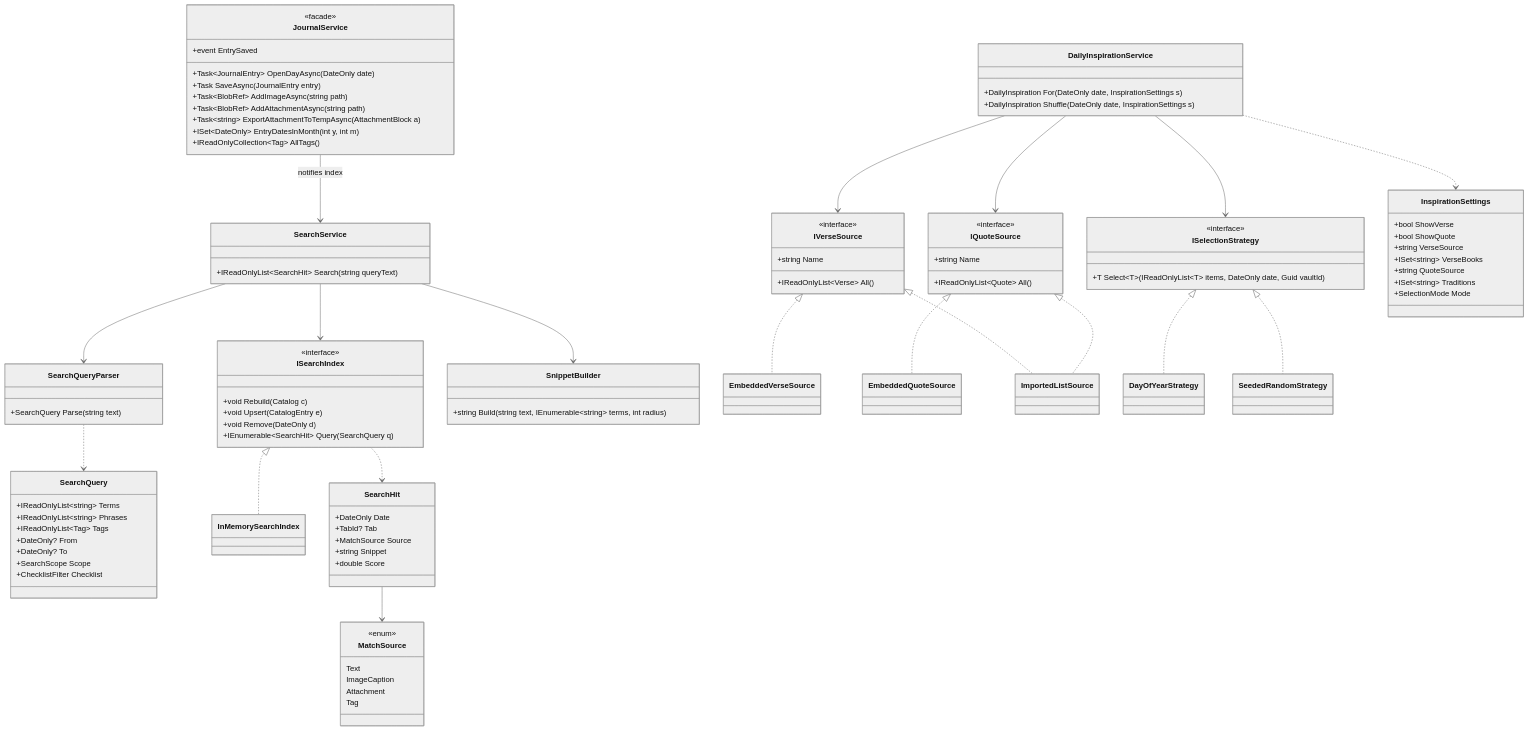
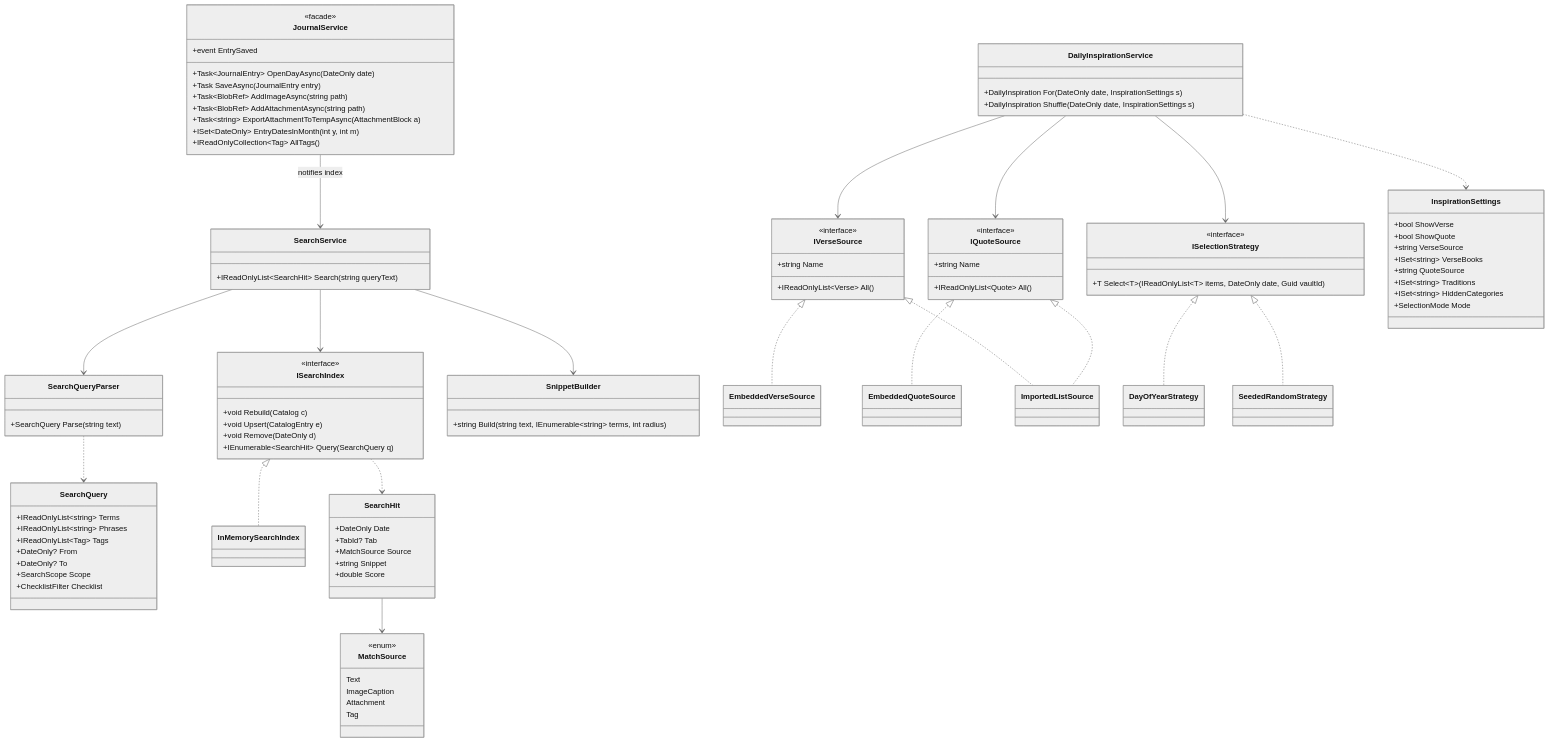
One commit to johnovanni/Journal changed the seventh of 8 diagrams in docs/Architecture.md. Above: the diagram before and after it, drawn with Mermaid (neutral theme). The commit also changed other lines of this file and 41 other files, not shown here.

```diff
--- a/docs/Architecture.md
+++ b/docs/Architecture.md
@@ -661,6 +663,7 @@
         +ISet~string~ VerseBooks
         +string QuoteSource
         +ISet~string~ Traditions
+        +ISet~string~ HiddenCategories
         +SelectionMode Mode
     }
 
```
